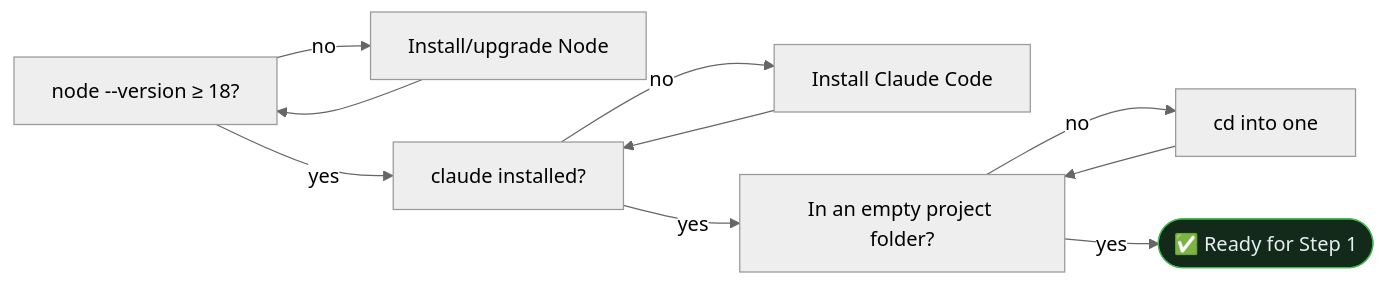
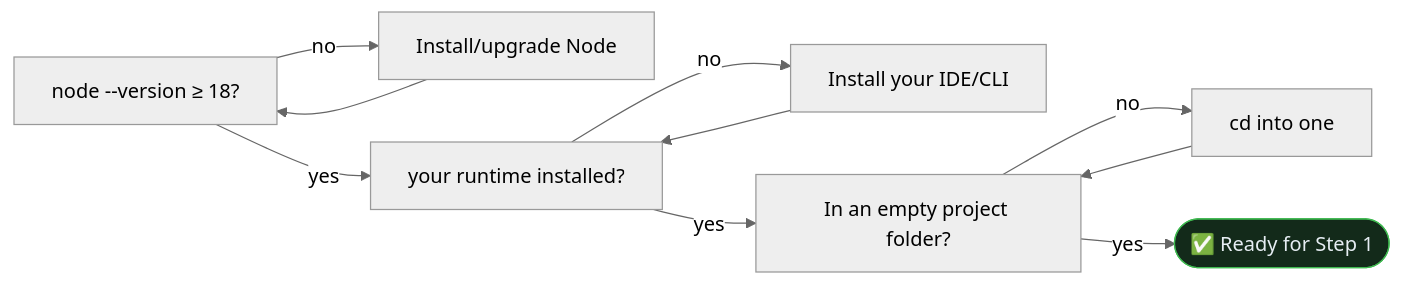
The third of 6 diagrams in docs/tutorials/your-first-project.md (open-gsd/gsd-core), drawn with Mermaid (neutral theme) before and after one commit. The commit also changed other lines of this file, not shown here.

First line of the commit message:
docs(#2534): make the tutorial runtime-agnostic (all IDEs)

````diff
--- a/docs/tutorials/your-first-project.md
+++ b/docs/tutorials/your-first-project.md
@@ -142,11 +176,11 @@
 ```mermaid
 flowchart LR
     A[node --version ≥ 18?] -->|no| A1[Install/upgrade Node] --> A
-    A -->|yes| B[claude installed?]
-    B -->|no| B1[Install Claude Code] --> B
+    A -->|yes| B[your runtime installed?]
+    B -->|no| B1[Install your IDE/CLI] --> B
     B -->|yes| C[In an empty project folder?]
     C -->|no| C1[cd into one] --> C
     C -->|yes| R([✅ Ready for Step 1])
     classDef ok fill:#132a1a,stroke:#3fb950,color:#e6edf3;
     class R ok;
 ```
````
